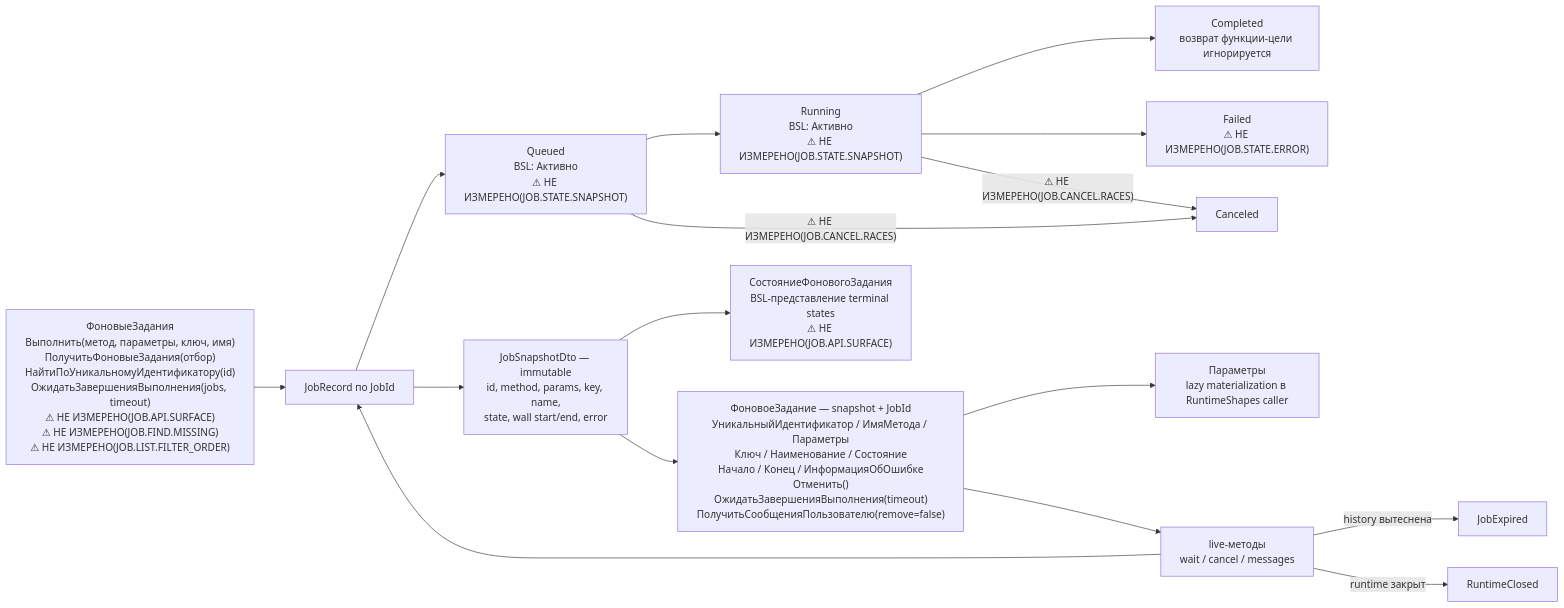
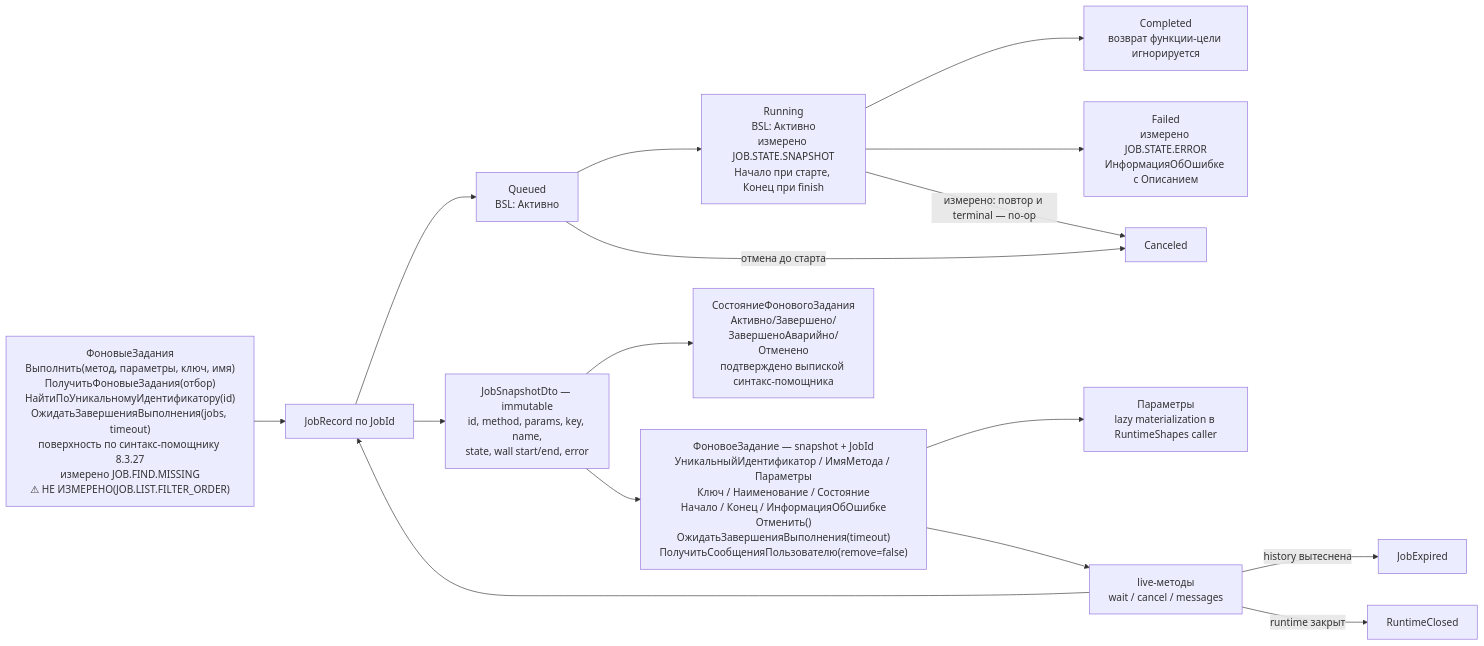
Diagram 14 of 21 in docs/component-architecture.md (dobpilot/open-bsl), drawn with Mermaid before and after one commit. The commit also changed other lines of this file and 6 other files, not shown here.

````diff
--- a/docs/component-architecture.md
+++ b/docs/component-architecture.md
@@ -617,29 +681,29 @@
 ```mermaid
 flowchart LR
-    manager["ФоновыеЗадания<br/>Выполнить(метод, параметры, ключ, имя)<br/>ПолучитьФоновыеЗадания(отбор)<br/>НайтиПоУникальномуИдентификатору(id)<br/>ОжидатьЗавершенияВыполнения(jobs, timeout)<br/>⚠ НЕ ИЗМЕРЕНО(JOB.API.SURFACE)<br/>⚠ НЕ ИЗМЕРЕНО(JOB.FIND.MISSING)<br/>⚠ НЕ ИЗМЕРЕНО(JOB.LIST.FILTER_ORDER)"]
+    manager["ФоновыеЗадания<br/>Выполнить(метод, параметры, ключ, имя)<br/>ПолучитьФоновыеЗадания(отбор)<br/>НайтиПоУникальномуИдентификатору(id)<br/>ОжидатьЗавершенияВыполнения(jobs, timeout)<br/>поверхность по синтакс-помощнику 8.3.27<br/>измерено JOB.FIND.MISSING<br/>⚠ НЕ ИЗМЕРЕНО(JOB.LIST.FILTER_ORDER)"]
     registry["JobRecord по JobId"]
-    queued["Queued<br/>BSL: Активно<br/>⚠ НЕ ИЗМЕРЕНО(JOB.STATE.SNAPSHOT)"]
-    running["Running<br/>BSL: Активно<br/>⚠ НЕ ИЗМЕРЕНО(JOB.STATE.SNAPSHOT)"]
+    queued["Queued<br/>BSL: Активно"]
+    running["Running<br/>BSL: Активно<br/>измерено JOB.STATE.SNAPSHOT<br/>Начало при старте, Конец при finish"]
     completed["Completed<br/>возврат функции-цели игнорируется"]
-    failed["Failed<br/>⚠ НЕ ИЗМЕРЕНО(JOB.STATE.ERROR)"]
+    failed["Failed<br/>измерено JOB.STATE.ERROR<br/>ИнформацияОбОшибке с Описанием"]
     canceled["Canceled"]
     snapshot["JobSnapshotDto — immutable<br/>id, method, params, key, name,<br/>state, wall start/end, error"]
     object["ФоновоеЗадание — snapshot + JobId<br/>УникальныйИдентификатор / ИмяМетода / Параметры<br/>Ключ / Наименование / Состояние<br/>Начало / Конец / ИнформацияОбОшибке<br/>Отменить()<br/>ОжидатьЗавершенияВыполнения(timeout)<br/>ПолучитьСообщенияПользователю(remove=false)"]
-    state_enum["СостояниеФоновогоЗадания<br/>BSL-представление terminal states<br/>⚠ НЕ ИЗМЕРЕНО(JOB.API.SURFACE)"]
+    state_enum["СостояниеФоновогоЗадания<br/>Активно/Завершено/ЗавершеноАварийно/Отменено<br/>подтверждено выпиской синтакс-помощника"]
     params["Параметры<br/>lazy materialization в RuntimeShapes caller"]
     live["live-методы<br/>wait / cancel / messages"]
     expired["JobExpired"]
     closed["RuntimeClosed"]
 
     manager --> registry --> queued --> running
     running --> completed
     running --> failed
-    running -->|"⚠ НЕ ИЗМЕРЕНО(JOB.CANCEL.RACES)"| canceled
-    queued -->|"⚠ НЕ ИЗМЕРЕНО(JOB.CANCEL.RACES)"| canceled
+    running -->|"измерено: повтор и terminal — no-op"| canceled
+    queued -->|"отмена до старта"| canceled
     registry --> snapshot --> object
     snapshot --> state_enum
     object --> params
     object --> live --> registry
     live -->|"history вытеснена"| expired
     live -->|"runtime закрыт"| closed
 ```
````
